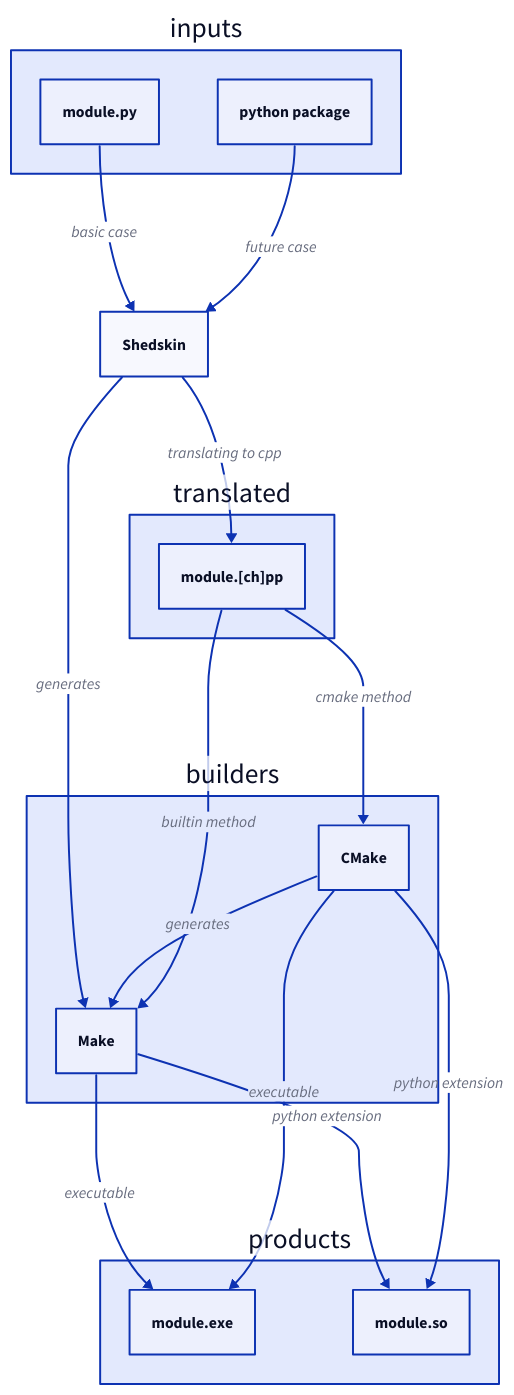
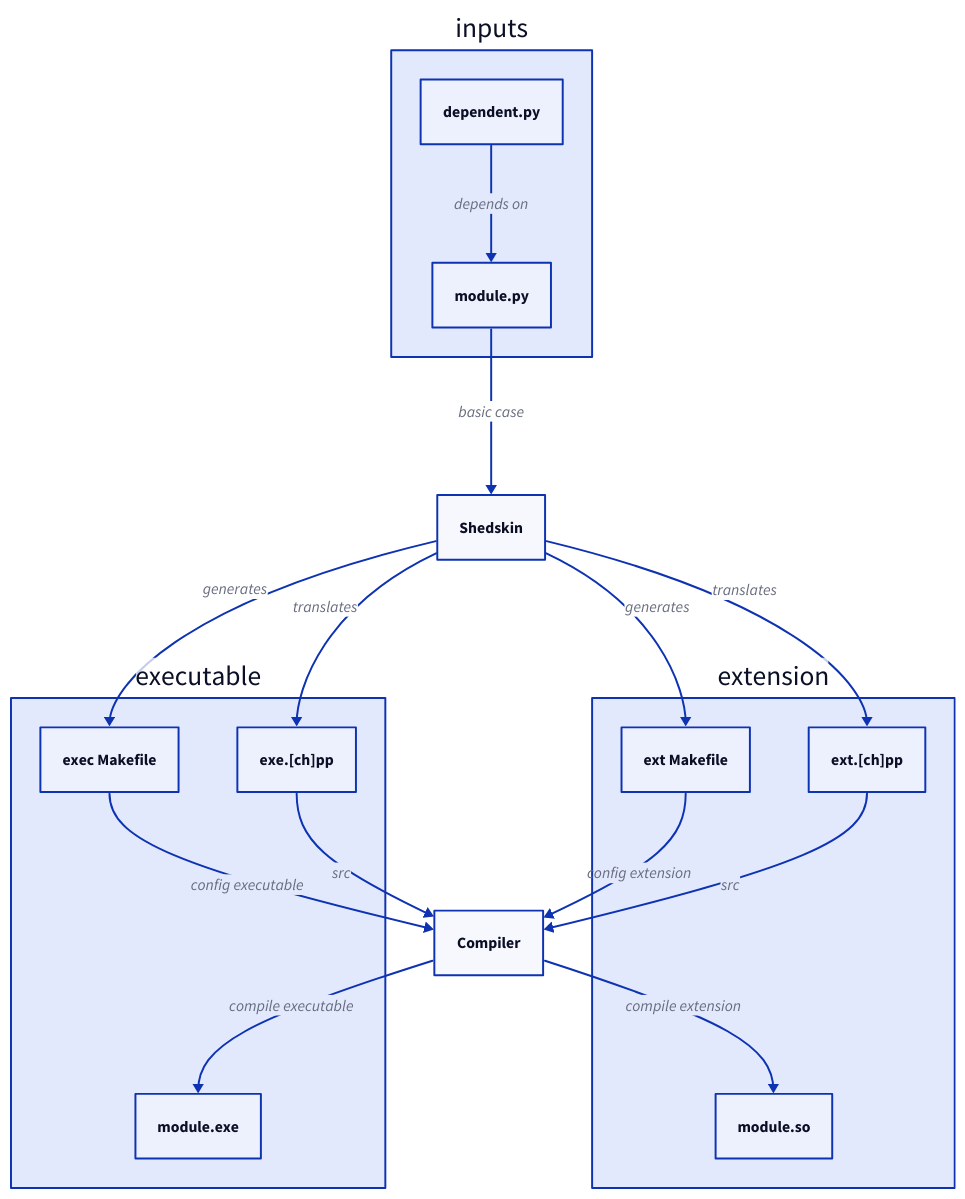
Before and after one commit to shedskin/shedskin: the diagram in docs/assets/diagrams/shedskin.d2, drawn with D2. The commit also changed 232 other files, not shown here.

```diff
--- a/docs/assets/diagrams/shedskin.d2
+++ b/docs/assets/diagrams/shedskin.d2
@@ -1,44 +1,46 @@
 # d2 syntax: https://github.com/terrastruct/d2
 
 # actors
 shedskin: Shedskin
 
+compiler: Compiler
+
 inputs: {
   module: module.py
-  pkg: python package
+  dependent: dependent.py
 }
 
-translated: {
-  cpp: 'module.[ch]pp' 
+executable {
+  exe_cpp: 'exe.[ch]pp'
+  make_exe: exec Makefile
+  exe: 'module.exe'
 }
 
-builders: {
-  cmake: CMake
-  make: Make
-}
-
-products: {
-  exe: 'module.exe'
+extension {
+  ext_cpp: 'ext.[ch]pp'
+  make_ext: ext Makefile
   ext: 'module.so'
 }
 
-
 # process
 inputs.module -> shedskin: basic case
-inputs.pkg -> shedskin: future case
+inputs.dependent -> inputs.module: depends on
 
 # translation
-shedskin -> translated.cpp: translating to cpp
+shedskin -> executable.exe_cpp: translates
+shedskin -> extension.ext_cpp: translates
 
 # generation
-shedskin -> builders.make: generates
-builders.cmake -> builders.make: generates
+shedskin -> executable.make_exe: generates
+shedskin -> extension.make_ext: generates
+
+# configuration
+executable.make_exe -> compiler: config executable
+extension.make_ext -> compiler: config extension
 
 # building
-translated.cpp -> builders.make: builtin method
-translated.cpp -> builders.cmake: cmake method
+executable.exe_cpp -> compiler: src
+compiler -> executable.exe: compile executable
 
-builders.make -> products.exe: executable
-builders.make -> products.ext: python extension
-builders.cmake -> products.exe: executable
-builders.cmake -> products.ext: python extension
+extension.ext_cpp -> compiler: src
+compiler -> extension.ext: compile extension
```
